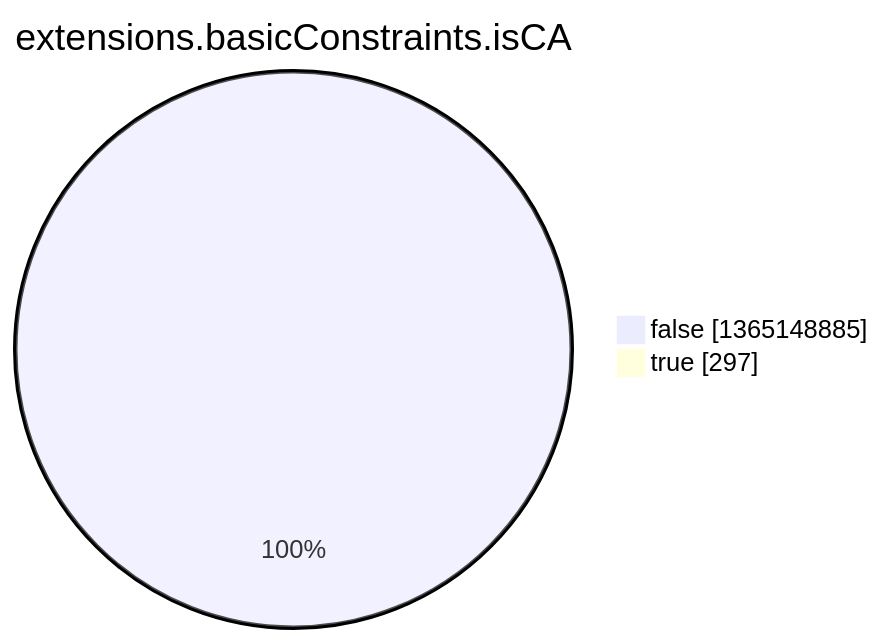
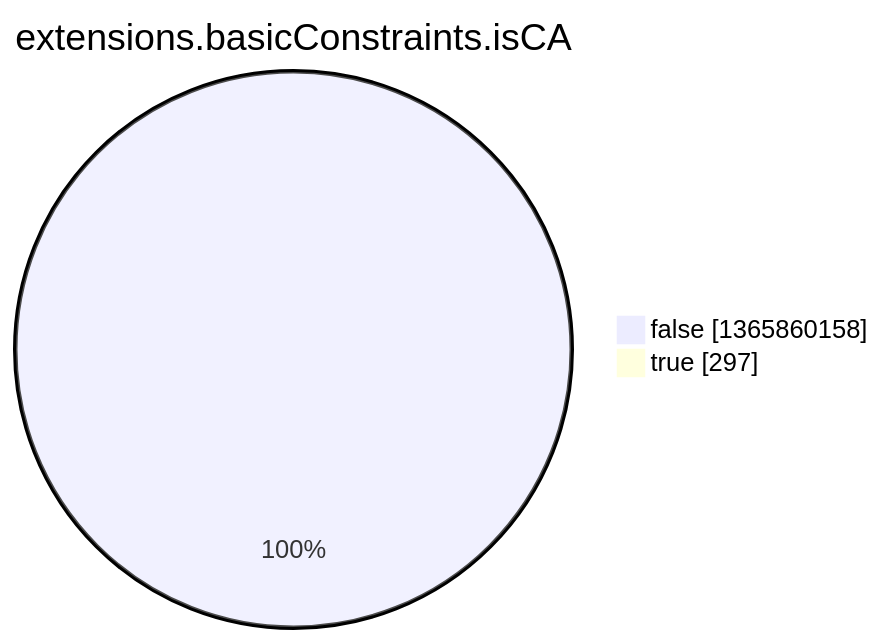
One commit to christiankrug/ctmonitor_visualization changed the eighth of 15 diagrams in argon2022/README.md. Above: the diagram before and after it, drawn with Mermaid. The commit also changed other lines of this file, not shown here.

````diff
--- a/argon2022/README.md
+++ b/argon2022/README.md
@@ -2758,6 +2758,6 @@
 ```mermaid
 pie showData
 title extensions.basicConstraints.isCA
-"false" :1365148885
+"false" :1365860158
 "true" :297
 ```
````
